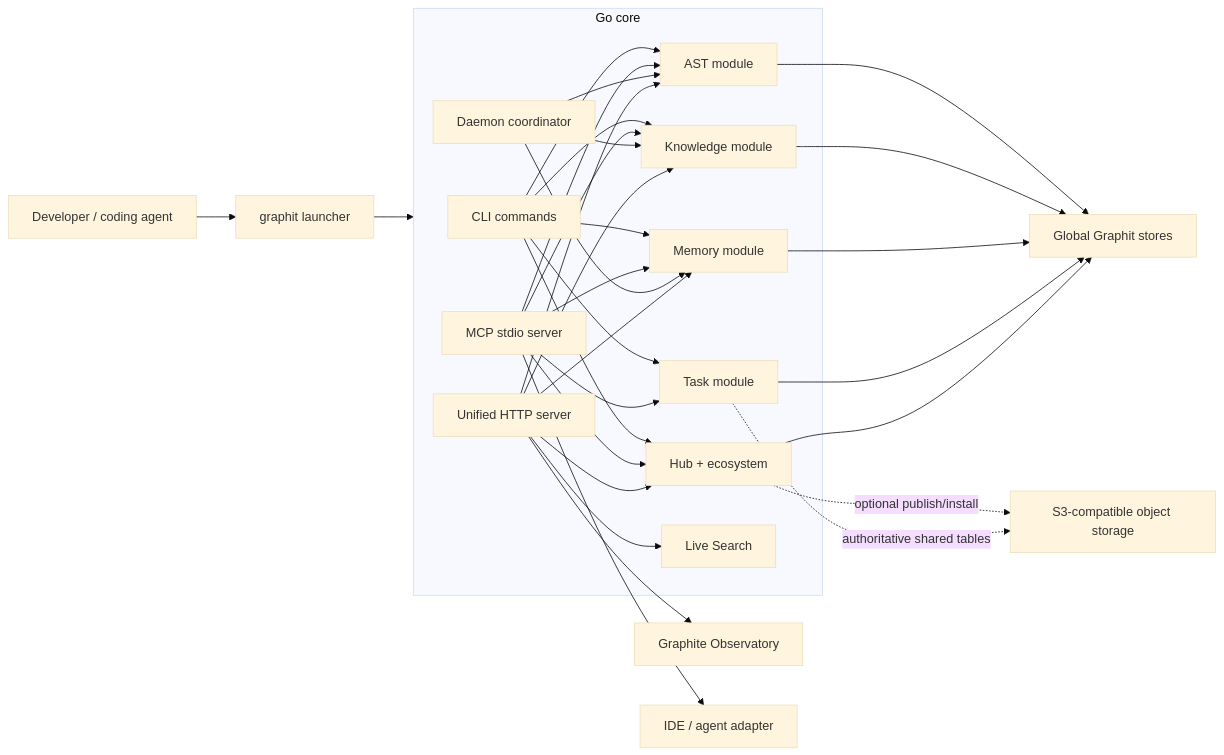
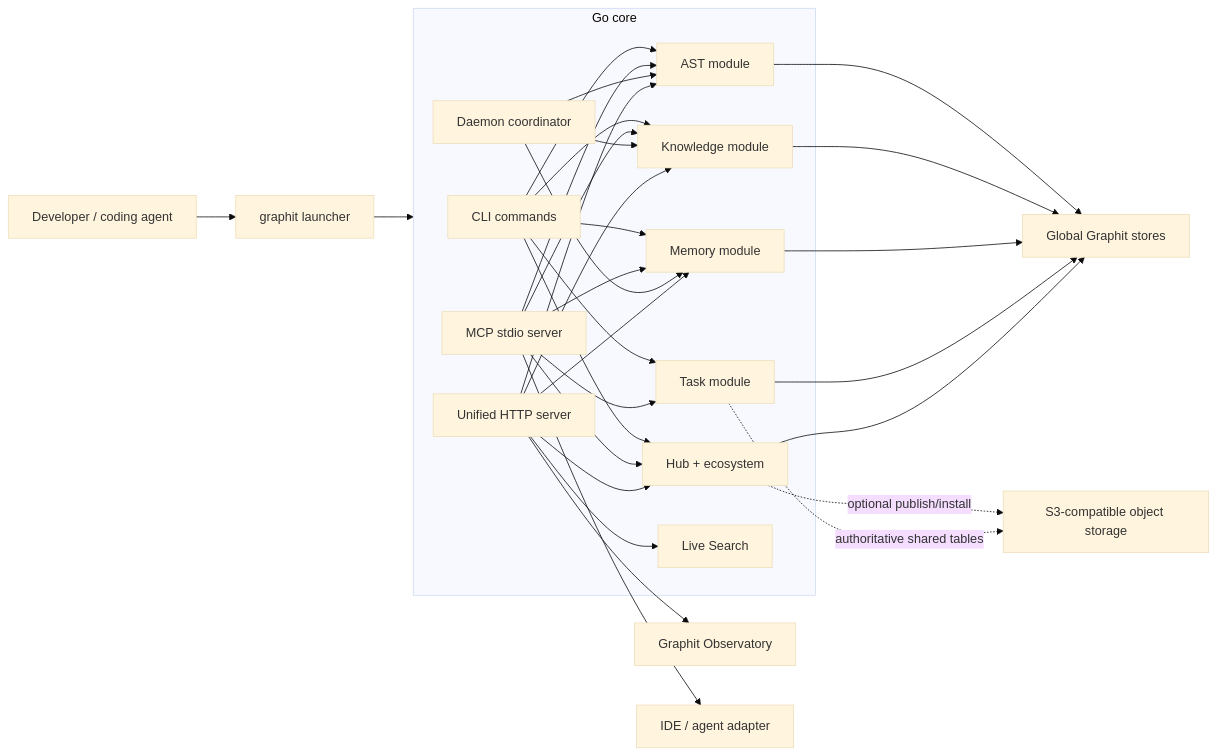
Before and after one commit to graphit-labs/graphit-code: the diagram in docs/architecture/architecture_overview.md, drawn with Mermaid (base theme). The commit also changed other lines of this file and 90 other files, not shown here.

````diff
--- a/docs/architecture/architecture_overview.md
+++ b/docs/architecture/architecture_overview.md
@@ -7,47 +7,47 @@
 ```mermaid
 flowchart LR
     User["Developer / coding agent"] --> Launcher["graphit launcher"]
     Launcher --> Core["graphit-core"]
 
     subgraph Core["Go core"]
       CLI["CLI commands"]
       MCP["MCP stdio server"]
       Daemon["Daemon coordinator"]
       UI["Unified HTTP server"]
       AST["AST module"]
       Knowledge["Knowledge module"]
       Memory["Memory module"]
       Task["Task module"]
       Hub["Hub + ecosystem"]
       Live["Live Search"]
     end
 
     CLI --> AST
     CLI --> Knowledge
     CLI --> Memory
     CLI --> Task
     CLI --> Hub
     MCP --> AST
     MCP --> Knowledge
     MCP --> Memory
     MCP --> Task
     MCP --> Hub
     Daemon --> AST
     Daemon --> Knowledge
     Daemon --> Memory
     UI --> AST
     UI --> Knowledge
     UI --> Memory
     UI --> Hub
     UI --> Live
 
     AST --> Global["Global Graphit stores"]
     Knowledge --> Global
     Memory --> Global
     Task --> Global
     Hub --> Global
     Hub -. optional publish/install .-> S3["S3-compatible object storage"]
     Task -. authoritative shared tables .-> S3
-    UI --> Browser["Graphite Observatory"]
+    UI --> Browser["Graphit Observatory"]
     MCP --> IDE["IDE / agent adapter"]
 ```
````
